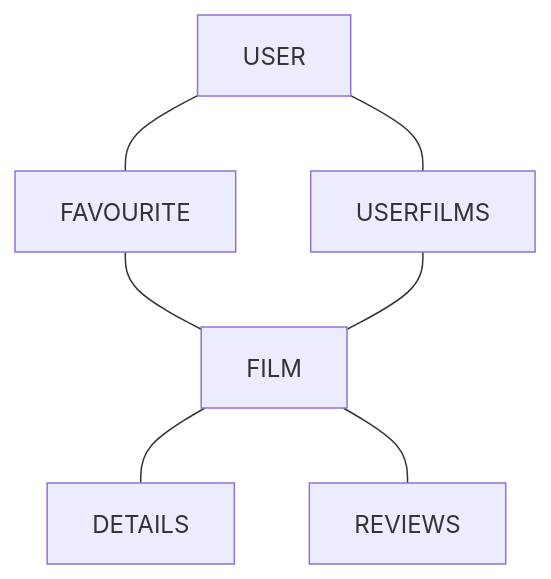
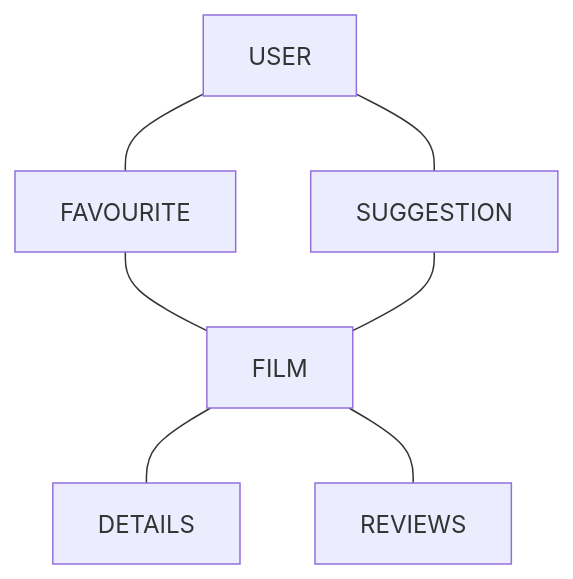
Before and after one commit to Niall96/HeresAFilm: the diagram in README.md, drawn with Mermaid.

````diff
--- a/README.md
+++ b/README.md
@@ -28,9 +28,9 @@
 ```mermaid
 flowchart TD
  USER --- FAVOURITE 
- USER --- USERFILMS 
+ USER --- SUGGESTION 
  FAVOURITE --- FILM
- USERFILMS --- FILM
+ SUGGESTION --- FILM
  FILM --- DETAILS 
  FILM --- REVIEWS 
 ```
````
